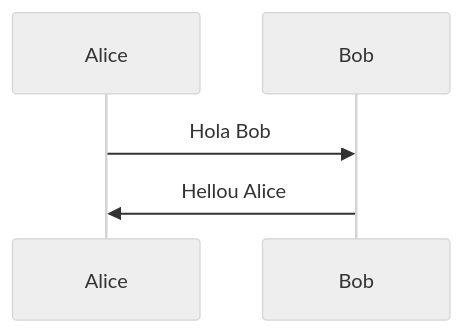
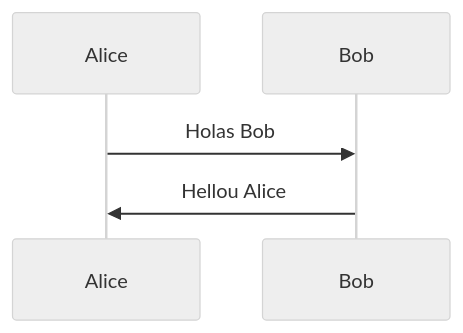
The diagram in test.mermaid (amisca-at/mermaid-sample), drawn with Mermaid (neutral theme) before and after one commit.

```diff
--- a/test.mermaid
+++ b/test.mermaid
@@ -1,5 +1,5 @@
 sequenceDiagram
     participant Alice
     participant Bob
-    Alice->>Bob: Hola Bob
+    Alice->>Bob: Holas Bob
     Bob->>Alice: Hellou Alice
```
